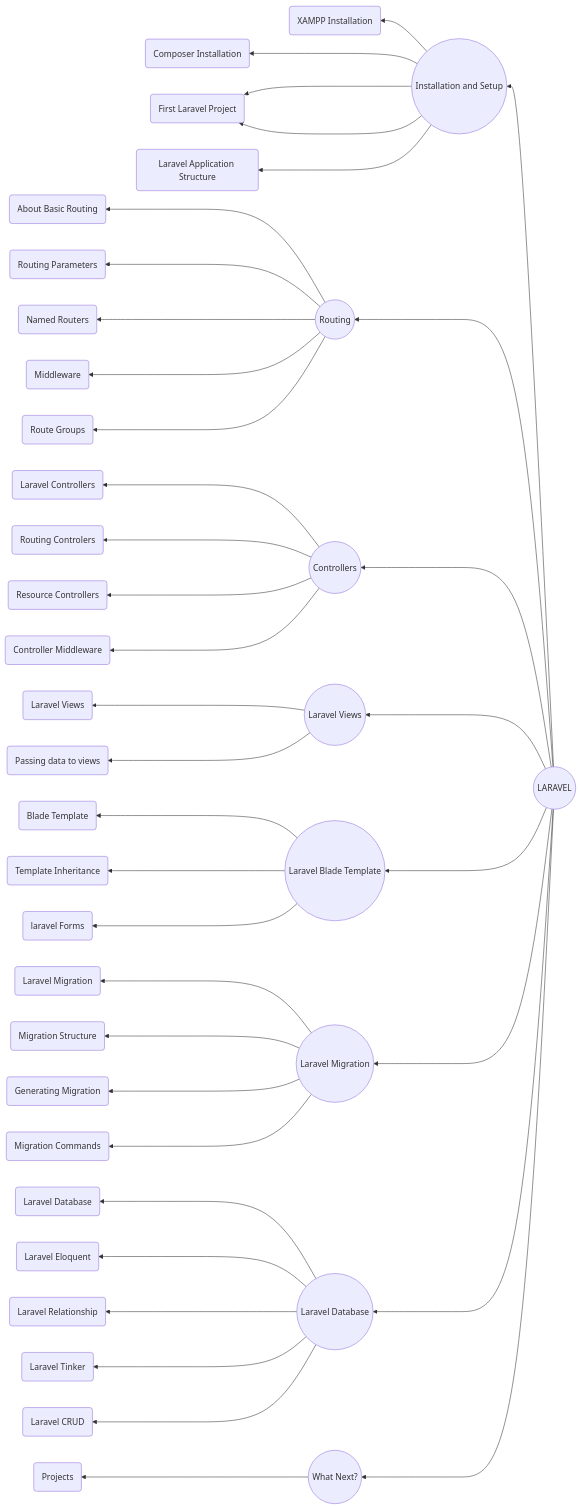
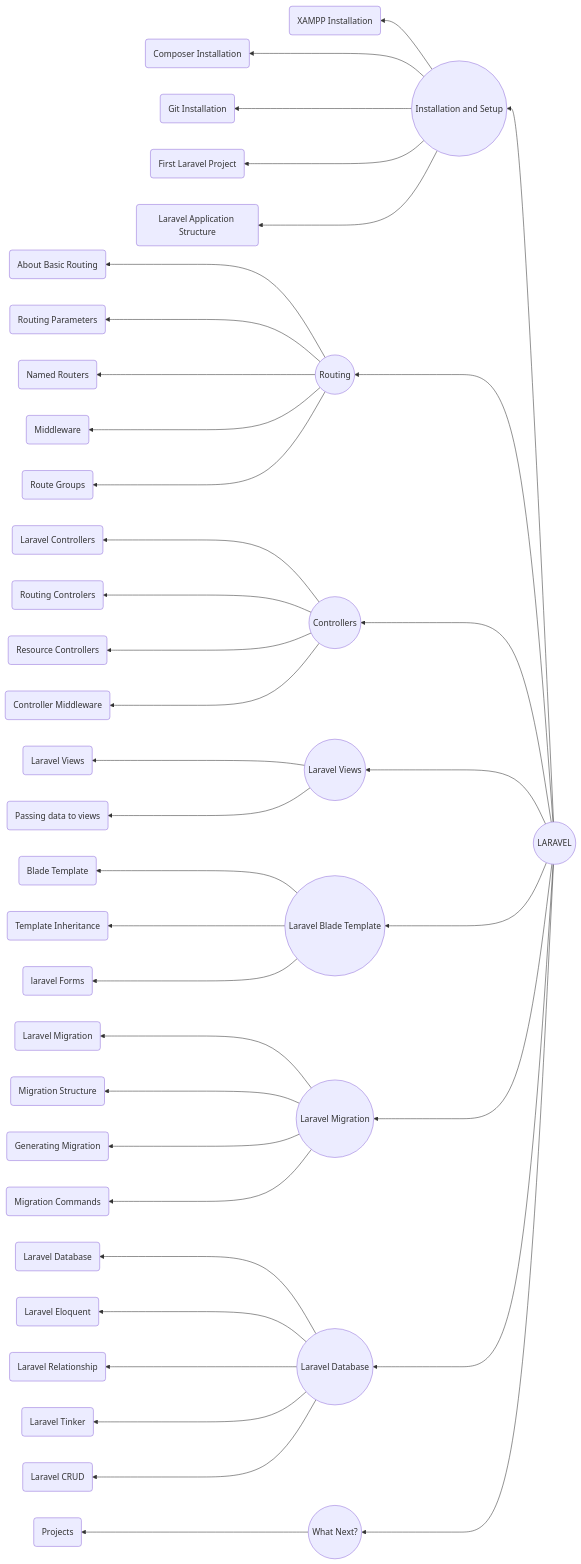
Before and after one commit to nabin-8/PHP-Laravel: the second of 2 diagrams in README.md, drawn with Mermaid. The commit also changed other lines of this file and 1 other file, not shown here.

Commit message:
phpfirstpro

````diff
--- a/README.md
+++ b/README.md
@@ -138,47 +139,47 @@
 ```mermaid
 flowchart RL
     A((LARAVEL)) --> B((Installation and Setup))
     B --> BA(XAMPP Installation)
     B ---> BB(Composer Installation)
     B ---> BC(Git Installation)
-    B ---> BC(First Laravel Project)
-    B ---> BD(Laravel Application Structure)
+    B ---> BD(First Laravel Project)
+    B ---> BE(Laravel Application Structure)
 
     A ---> C((Routing))
     C ---> CA(About Basic Routing)
     C ---> CB(Routing Parameters)
     C ---> CC(Named Routers)
     C ---> CD(Middleware)
     C ---> CE(Route Groups)
 
     A ---> D((Controllers))
     D ---> DA(Laravel Controllers)
     D ---> DB(Routing Controlers)
     D ---> DC(Resource Controllers)
     D ---> DD(Controller Middleware)
 
     A ---> E((Laravel Views))
     E ---> EA(Laravel Views)
     E ---> EB(Passing data to views)
 
     A ---> F((Laravel Blade Template))
     F ---> FA(Blade Template)
     F ---> FB(Template Inheritance)
     F ---> FC(laravel Forms)
 
     A ---> G((Laravel Migration))
     G ---> GA(Laravel Migration)
     G ---> GB(Migration Structure)
     G ---> GC(Generating Migration)
     G ---> GD(Migration Commands)
 
     A ---> H((Laravel Database))
     H ---> HA(Laravel Database)
     H ---> HB(Laravel Eloquent)
     H ---> HC(Laravel Relationship)
     H ---> HD(Laravel Tinker)
     H ---> HE(Laravel CRUD)
 
     A ---> I((What Next?))
     I ---> IA(Projects)
 ```
````
